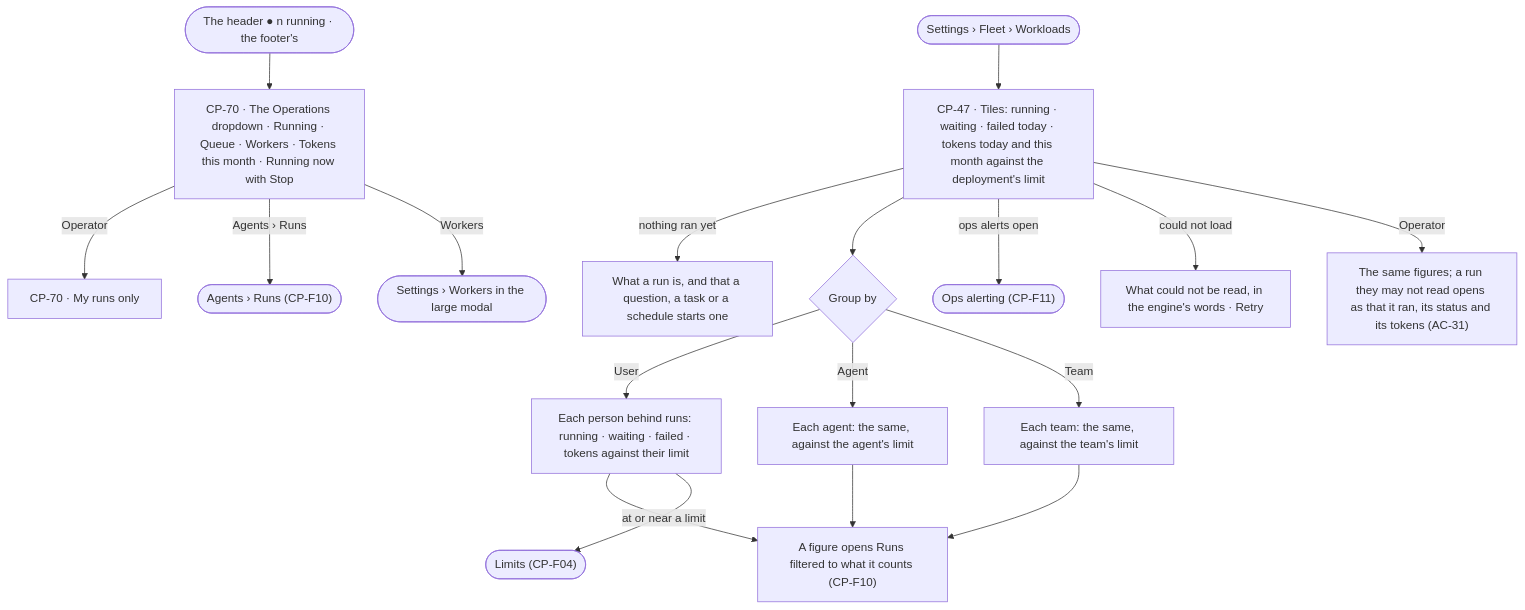
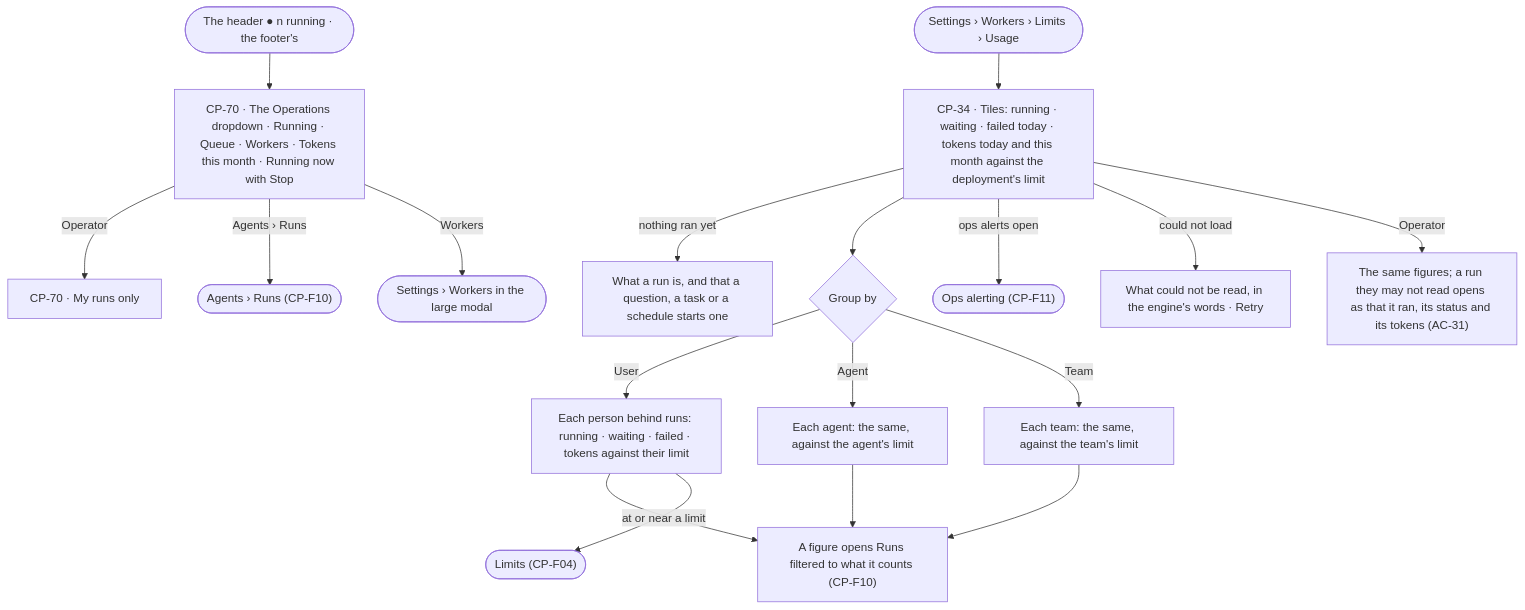
One commit to invana/invana changed the diagram in specs/os/control/features/CP-F09-overview/feature.md. Above: the diagram before and after it, drawn with Mermaid. The commit also changed other lines of this file and 156 other files, not shown here.

Commit message:
wip(platform-design-3): P02 · steps 1-4 — section 4, E2E sweep, merges, flow boards, journeys

````diff
--- a/specs/os/control/features/CP-F09-overview/feature.md
+++ b/specs/os/control/features/CP-F09-overview/feature.md
@@ -26,20 +26,20 @@
 ```mermaid
 flowchart TD
   h([The header ● n running · the footer's]) --> od["CP-70 · The Operations dropdown · Running · Queue · Workers · Tokens this month · Running now with Stop"]
   od -->|Operator| odo["CP-70 · My runs only"]
   od -->|Agents › Runs| runs(["Agents › Runs (CP-F10)"])
   od -->|Workers| set(["Settings › Workers in the large modal"])
-  s([Settings › Fleet › Workloads]) --> o["CP-47 · Tiles: running · waiting · failed today · tokens today and this month against the deployment's limit"]
+  s([Settings › Workers › Limits › Usage]) --> o["CP-34 · Tiles: running · waiting · failed today · tokens today and this month against the deployment's limit"]
   o -->|nothing ran yet| e["What a run is, and that a question, a task or a schedule starts one"]
   o --> g{"Group by"}
   g -->|User| u["Each person behind runs: running · waiting · failed · tokens against their limit"]
   g -->|Agent| a["Each agent: the same, against the agent's limit"]
   g -->|Team| t["Each team: the same, against the team's limit"]
   u --> f["A figure opens Runs filtered to what it counts (CP-F10)"]
   a --> f
   t --> f
   o -->|ops alerts open| al(["Ops alerting (CP-F11)"])
   u -->|at or near a limit| lim(["Limits (CP-F04)"])
   o -->|could not load| fl["What could not be read, in the engine's words · Retry"]
   o -->|Operator| op["The same figures; a run they may not read opens as that it ran, its status and its tokens (AC-31)"]
 ```
````
